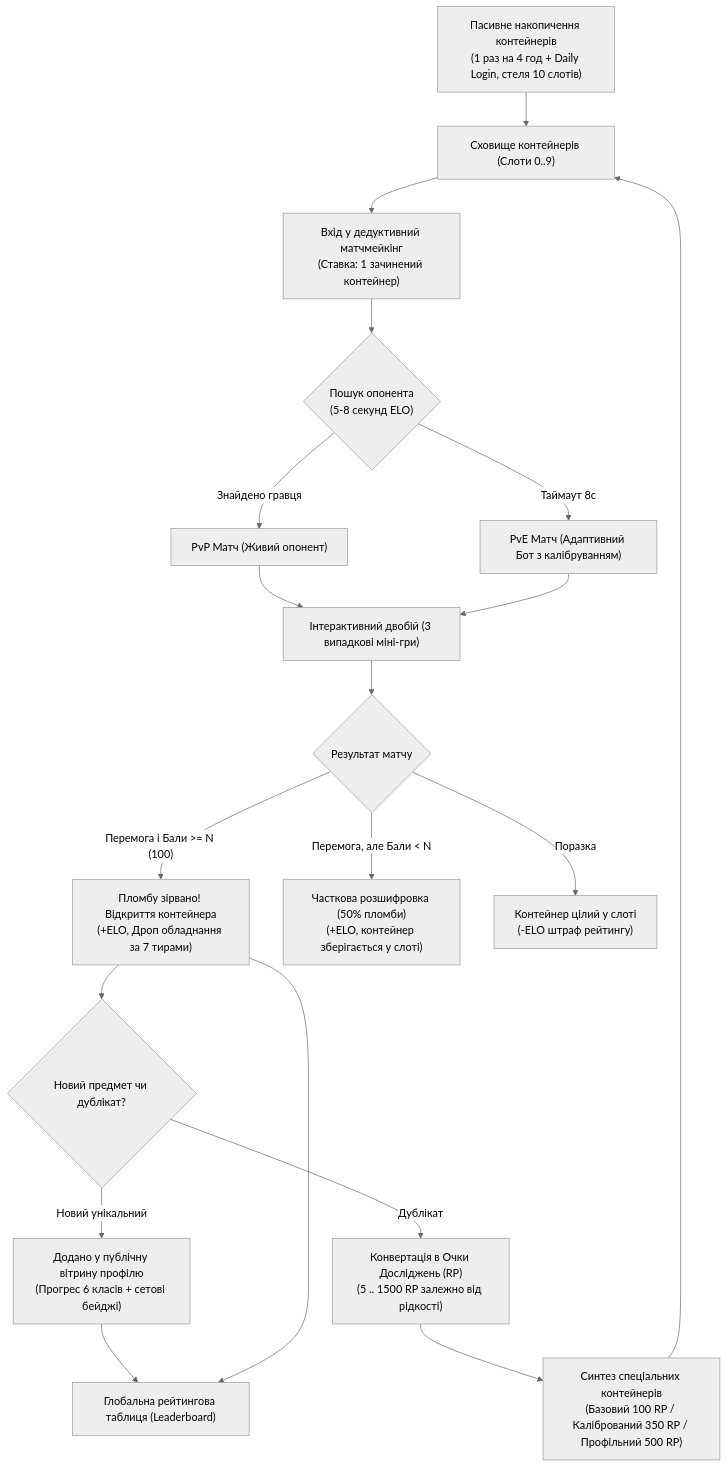
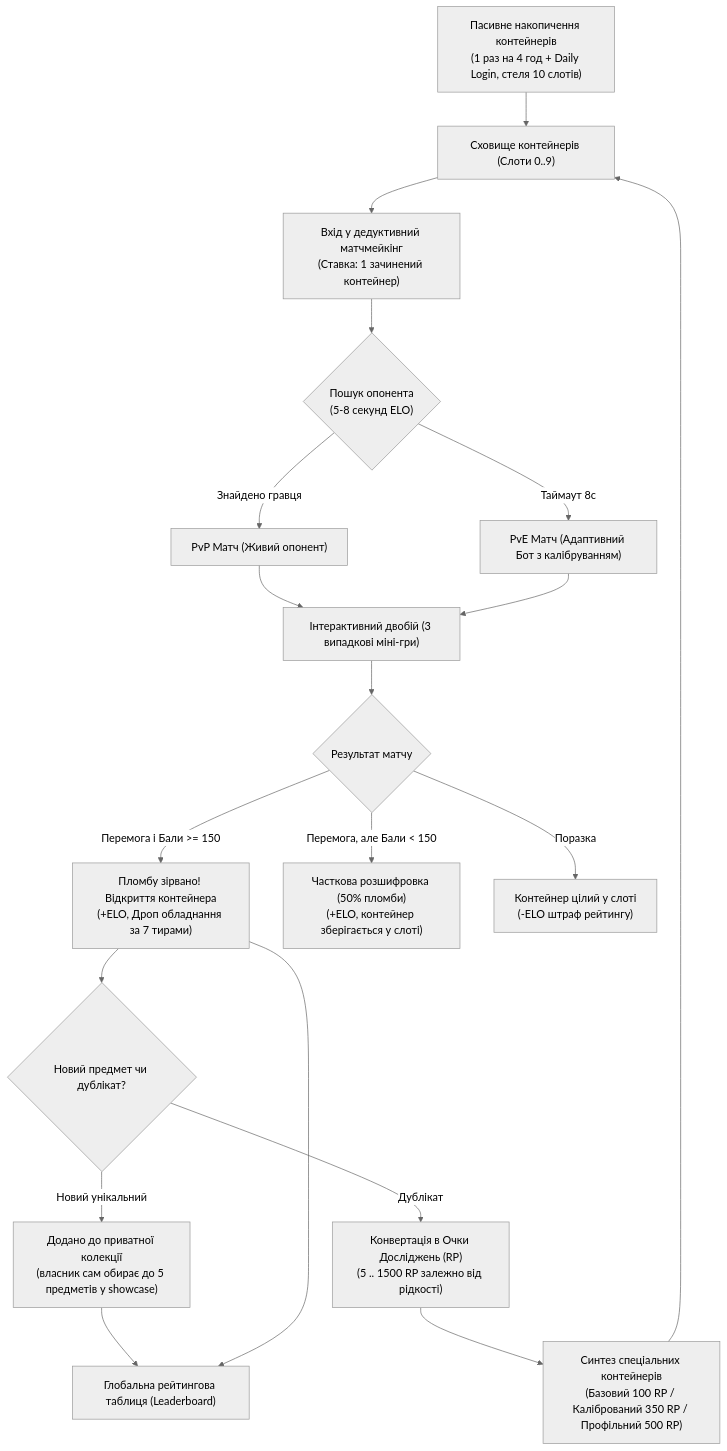
Before and after one commit to JekVolk/CosmoLost: the first of 2 diagrams in business/spec/04_features/FEAT-10_deductive_game_and_containers.md, drawn with Mermaid (neutral theme). The commit also changed other lines of this file and 9 other files, not shown here.

````diff
--- a/business/spec/04_features/FEAT-10_deductive_game_and_containers.md
+++ b/business/spec/04_features/FEAT-10_deductive_game_and_containers.md
@@ -18,21 +18,21 @@
 ```mermaid
 flowchart TD
     A["Пасивне накопичення контейнерів<br/>(1 раз на 4 год + Daily Login, стеля 10 слотів)"] --> B["Сховище контейнерів (Слоти 0..9)"]
     B --> C["Вхід у дедуктивний матчмейкінг<br/>(Ставка: 1 зачинений контейнер)"]
     C --> D{"Пошук опонента<br/>(5-8 секунд ELO)"}
     D -- Знайдено гравця --> E["PvP Матч (Живий опонент)"]
     D -- Таймаут 8с --> F["PvE Матч (Адаптивний Бот з калібруванням)"]
     E --> G["Інтерактивний двобій (3 випадкові міні-гри)"]
     F --> G
     G --> H{"Результат матчу"}
-    H -- "Перемога і Бали >= N (100)" --> I["Пломбу зірвано! Відкриття контейнера<br/>(+ELO, Дроп обладнання за 7 тирами)"]
-    H -- "Перемога, але Бали < N" --> J["Часткова розшифровка (50% пломби)<br/>(+ELO, контейнер зберігається у слоті)"]
+    H -- "Перемога і Бали >= 150" --> I["Пломбу зірвано! Відкриття контейнера<br/>(+ELO, Дроп обладнання за 7 тирами)"]
+    H -- "Перемога, але Бали < 150" --> J["Часткова розшифровка (50% пломби)<br/>(+ELO, контейнер зберігається у слоті)"]
     H -- Поразка --> K["Контейнер цілий у слоті<br/>(-ELO штраф рейтингу)"]
     I --> L{"Новий предмет чи дублікат?"}
-    L -- Новий унікальний --> M["Додано у публічну вітрину профілю<br/>(Прогрес 6 класів + сетові бейджі)"]
+    L -- Новий унікальний --> M["Додано до приватної колекції<br/>(власник сам обирає до 5 предметів у showcase)"]
     L -- Дублікат --> N["Конвертація в Очки Досліджень (RP)<br/>(5 .. 1500 RP залежно від рідкості)"]
     N --> O["Синтез спеціальних контейнерів<br/>(Базовий 100 RP / Калібрований 350 RP / Профільний 500 RP)"]
     O --> B
     M --> P["Глобальна рейтингова таблиця (Leaderboard)"]
     I --> P
 ```
````
